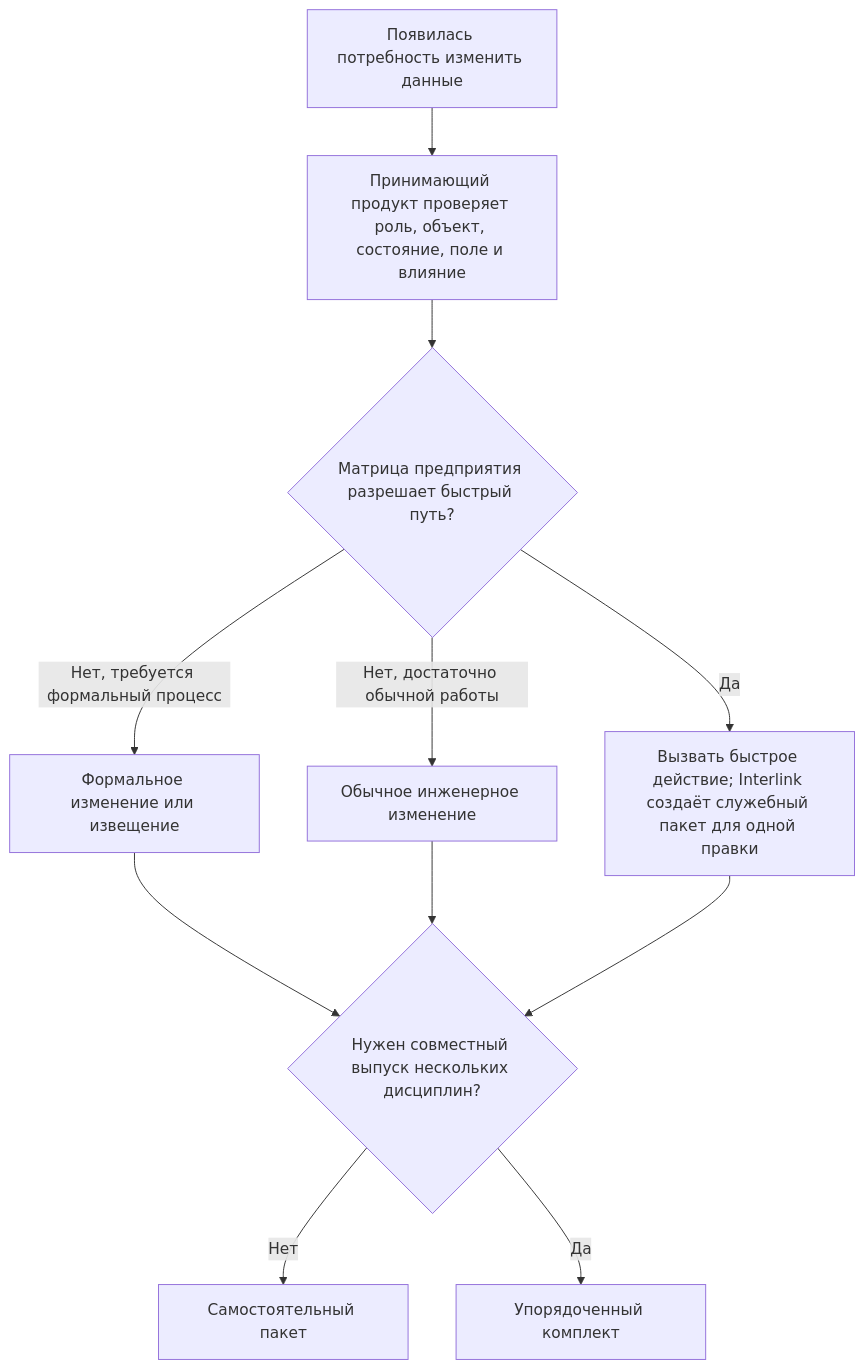
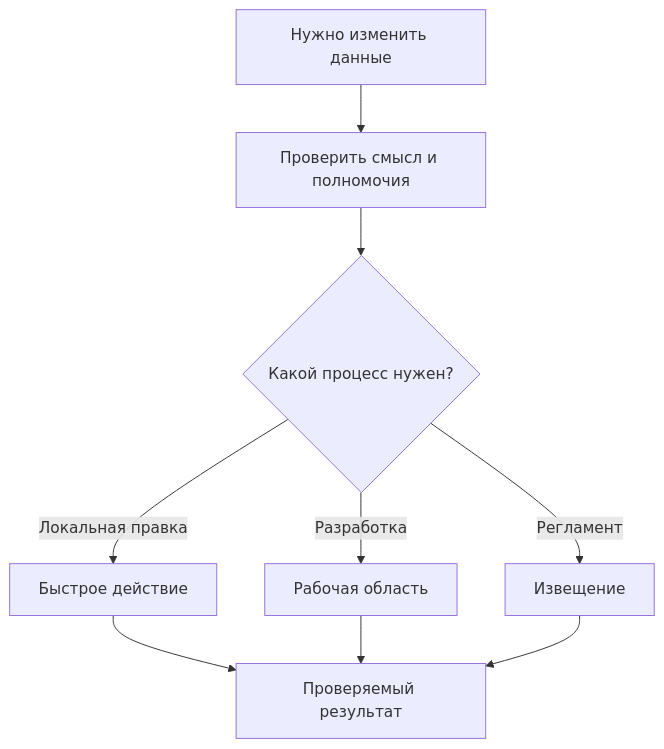
The first of 2 diagrams in docs/changes/06-quick-formal-and-bundled-changes.md (ZelAnton/Interlink-product-book), drawn with Mermaid before and after one commit. The commit also changed other lines of this file and 231 other files, not shown here.

````diff
--- a/docs/changes/06-quick-formal-and-bundled-changes.md
+++ b/docs/changes/06-quick-formal-and-bundled-changes.md
@@ -33,13 +19,11 @@
 ```mermaid
 flowchart TD
-    A["Появилась потребность изменить данные"] --> B["Принимающий продукт проверяет роль, объект, состояние, поле и влияние"]
-    B --> C{"Матрица предприятия разрешает быстрый путь?"}
-    C -->|"Да"| E["Вызвать быстрое действие; Interlink создаёт служебный пакет для одной правки"]
-    C -->|"Нет, требуется формальный процесс"| D["Формальное изменение или извещение"]
-    C -->|"Нет, достаточно обычной работы"| F["Обычное инженерное изменение"]
-    D --> G{"Нужен совместный выпуск нескольких дисциплин?"}
+    A["Нужно изменить данные"] --> B["Проверить смысл и полномочия"]
+    B --> C{"Какой процесс нужен?"}
+    C -->|"Локальная правка"| D["Быстрое действие"]
+    C -->|"Разработка"| E["Рабочая область"]
+    C -->|"Регламент"| F["Извещение"]
+    D --> G["Проверяемый результат"]
+    E --> G
     F --> G
-    E --> G
-    G -->|"Нет"| H["Самостоятельный пакет"]
-    G -->|"Да"| I["Упорядоченный комплект"]
 ```
````
